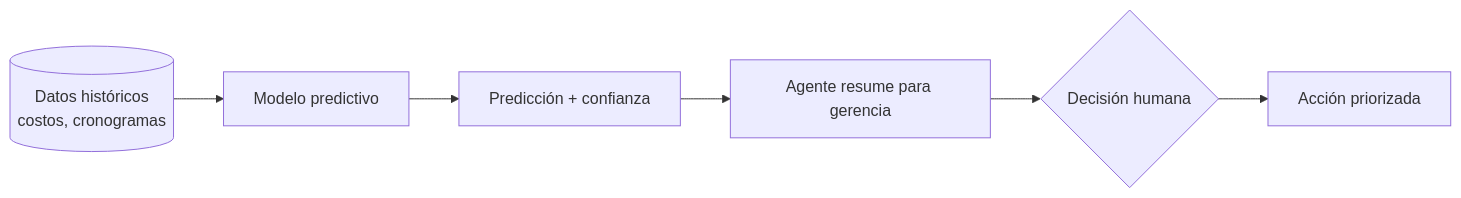
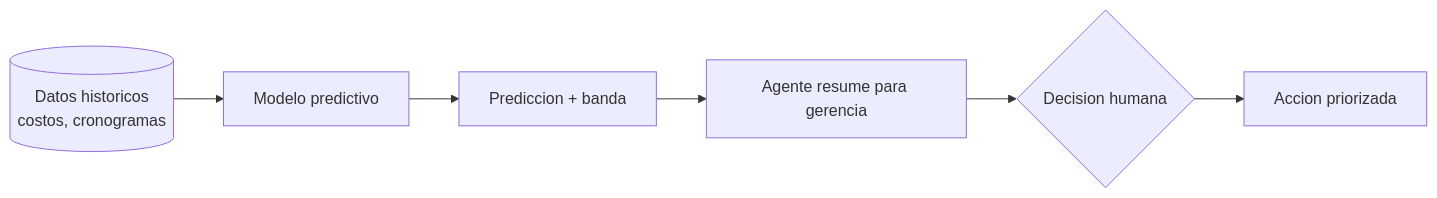
Before and after one commit to puyojulian-ascend/DiplomadoBIM.IA: the diagram in docs/sessions/09-ml-costos-decisiones.md, drawn with Mermaid. The commit also changed other lines of this file and 30 other files, not shown here.

````diff
--- a/docs/sessions/09-ml-costos-decisiones.md
+++ b/docs/sessions/09-ml-costos-decisiones.md
@@ -151,8 +234,8 @@
 ```mermaid
 flowchart LR
-    A[(Datos históricos<br/>costos, cronogramas)] --> B[Modelo predictivo]
-    B --> C[Predicción + confianza]
+    A[(Datos historicos<br/>costos, cronogramas)] --> B[Modelo predictivo]
+    B --> C[Prediccion + banda]
     C --> D[Agente resume para gerencia]
-    D --> E{Decisión humana}
-    E --> F[Acción priorizada]
+    D --> E{Decision humana}
+    E --> F[Accion priorizada]
 ```
````
